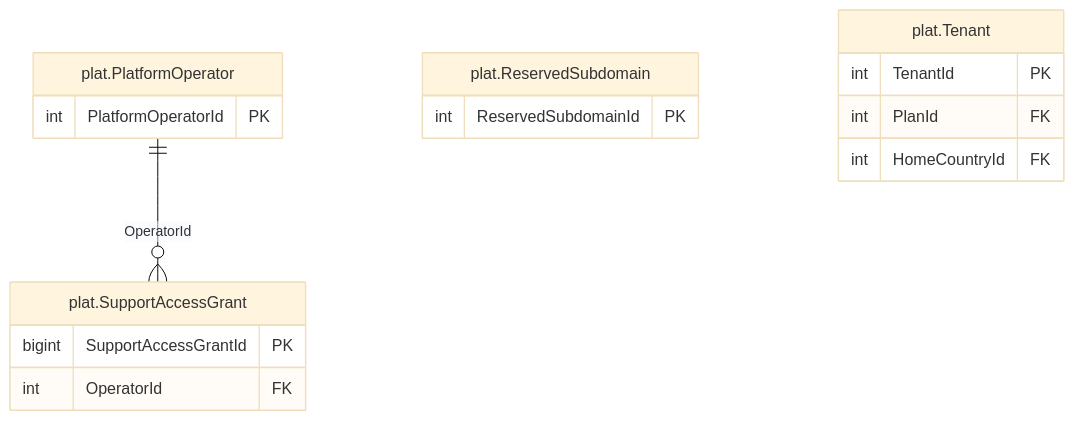
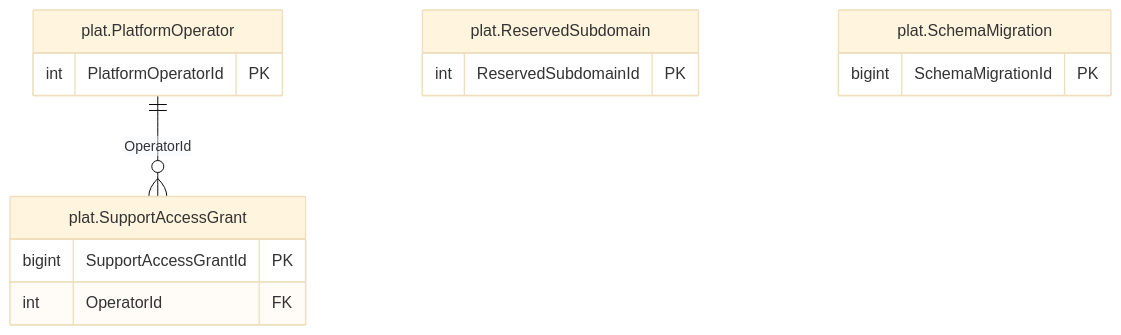
One commit to thawrasy/smartlines changed the diagram in treasury-platform/docs/diagrams/erd/m0_tenancy_2.mmd. Above: the diagram before and after it, drawn with Mermaid (base theme). The commit also changed 183 other files, not shown here.

```diff
--- a/treasury-platform/docs/diagrams/erd/m0_tenancy_2.mmd
+++ b/treasury-platform/docs/diagrams/erd/m0_tenancy_2.mmd
@@ -1,18 +1,16 @@
 %% م0 · المشترك والاشتراكات والمشغّلون (2/3) — Tenancy & platform operators
 erDiagram
   plat_PlatformOperator["plat.PlatformOperator"] {
     int PlatformOperatorId PK
   }
   plat_ReservedSubdomain["plat.ReservedSubdomain"] {
     int ReservedSubdomainId PK
   }
+  plat_SchemaMigration["plat.SchemaMigration"] {
+    bigint SchemaMigrationId PK
+  }
   plat_SupportAccessGrant["plat.SupportAccessGrant"] {
     bigint SupportAccessGrantId PK
     int OperatorId FK
   }
-  plat_Tenant["plat.Tenant"] {
-    int TenantId PK
-    int PlanId FK
-    int HomeCountryId FK
-  }
   plat_PlatformOperator ||--o{ plat_SupportAccessGrant : "OperatorId"
```
